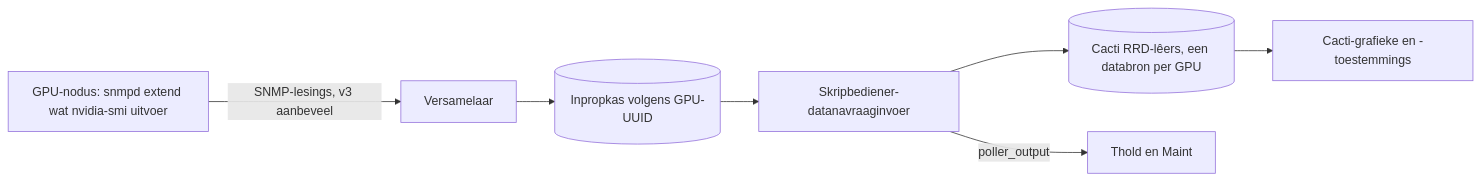
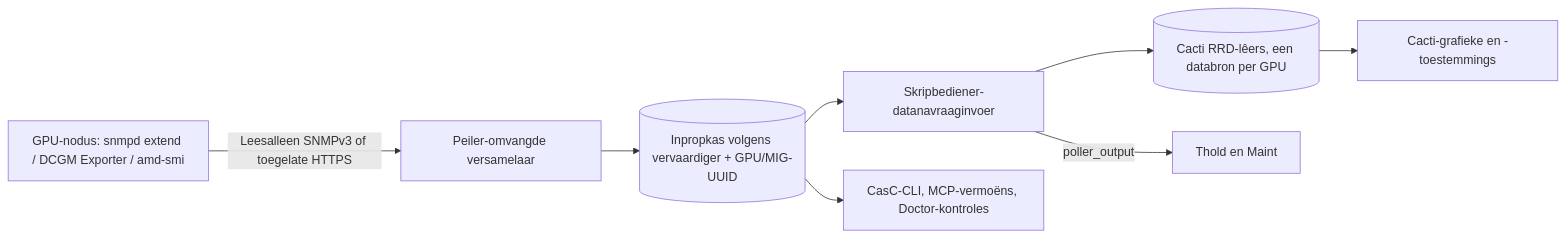
One commit to somethingwithproof/plugin_gpu changed the diagram in docs/i18n/af-ZA/README.md. Above: the diagram before and after it, drawn with Mermaid. The commit also changed other lines of this file and 47 other files, not shown here.

````diff
--- a/docs/i18n/af-ZA/README.md
+++ b/docs/i18n/af-ZA/README.md
@@ -104,9 +104,10 @@
 ```mermaid
 flowchart LR
-    NODE[GPU-nodus: snmpd extend wat nvidia-smi uitvoer] -->|SNMP-lesings, v3 aanbeveel| C[Versamelaar]
-    C --> CACHE[(Inpropkas volgens GPU-UUID)]
+    NODE["GPU-nodus: snmpd extend / DCGM Exporter / amd-smi"] -->|Leesalleen SNMPv3 of toegelate HTTPS| C[Peiler-omvangde versamelaar]
+    C --> CACHE[("Inpropkas volgens vervaardiger + GPU/MIG-UUID")]
     CACHE --> SS[Skripbediener-datanavraaginvoer]
+    CACHE --> ECO["CasC-CLI, MCP-vermoëns, Doctor-kontroles"]
     SS --> RRD[(Cacti RRD-lêers, een databron per GPU)]
     SS -->|poller_output| T[Thold en Maint]
     RRD --> G[Cacti-grafieke en -toestemmings]
 ```
````
